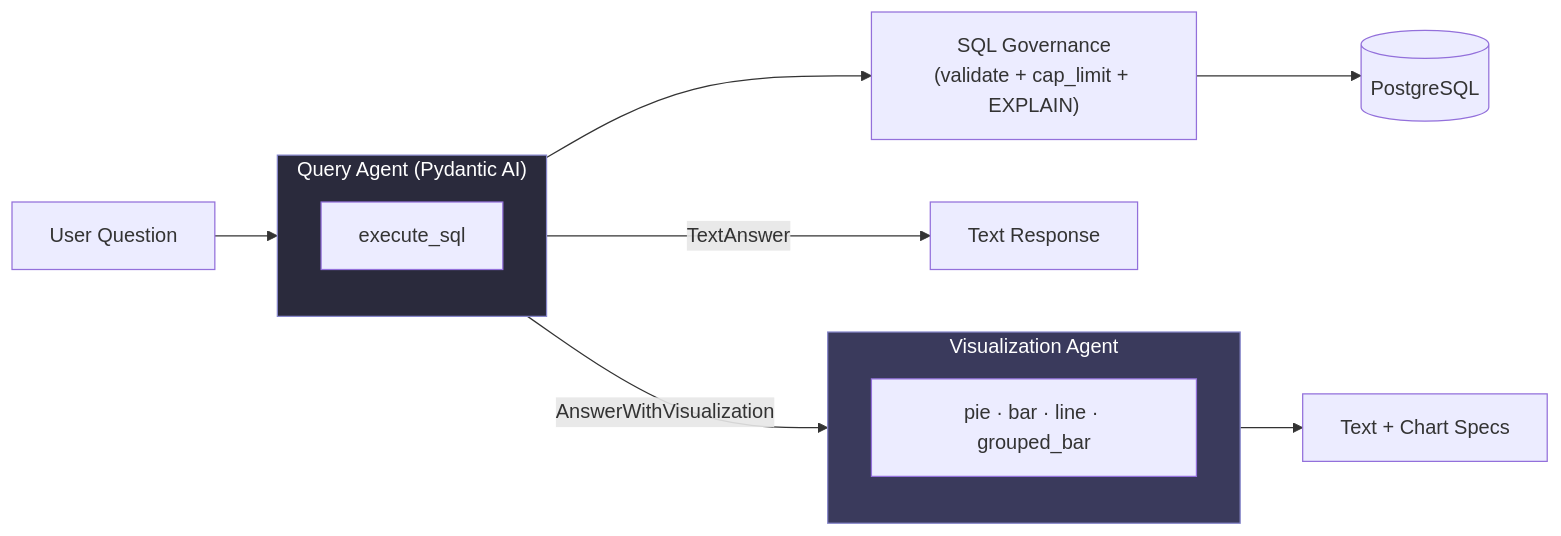
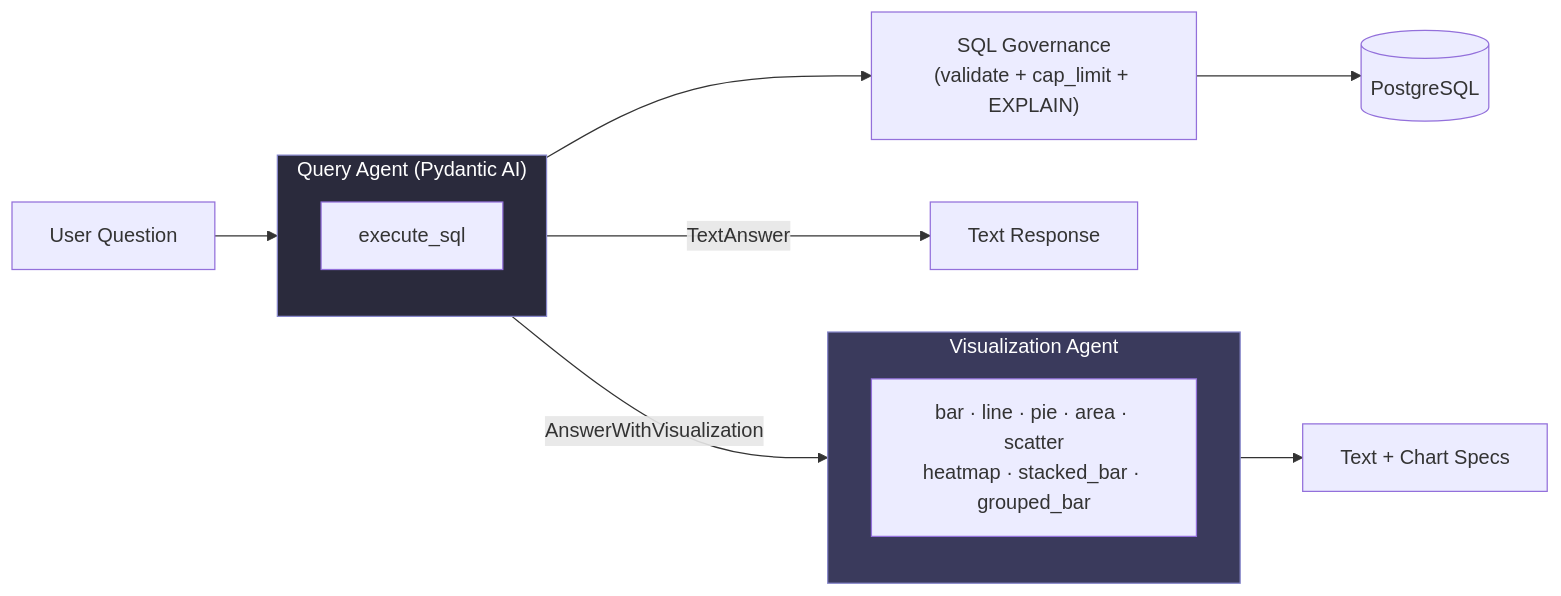
The first of 7 diagrams in README.md (maxibove13/finance-query-agent), drawn with Mermaid before and after one commit. The commit also changed other lines of this file and 26 other files, not shown here.

````diff
--- a/README.md
+++ b/README.md
@@ -7,24 +7,24 @@
 ```mermaid
 graph LR
     Q["User Question"] --> QUERY_AGENT
 
     subgraph QUERY_AGENT["Query Agent (Pydantic AI)"]
         direction TB
         T1["execute_sql"]
     end
 
     QUERY_AGENT -->|"TextAnswer"| OUT_TEXT["Text Response"]
     QUERY_AGENT -->|"AnswerWithVisualization"| VIZ_AGENT
 
     subgraph VIZ_AGENT["Visualization Agent"]
-        VIZ_OUT["pie · bar · line · grouped_bar"]
+        VIZ_OUT["bar · line · pie · area · scatter<br/>heatmap · stacked_bar · grouped_bar"]
     end
 
     VIZ_AGENT --> OUT_VIZ["Text + Chart Specs"]
 
     T1 --> GOV["SQL Governance<br/>(validate + cap_limit + EXPLAIN)"]
     GOV --> PG[("PostgreSQL")]
 
     style QUERY_AGENT fill:#2a2a3c,stroke:#88c,color:#fff
     style VIZ_AGENT fill:#3a3a5c,stroke:#88c,color:#fff
 ```
````
